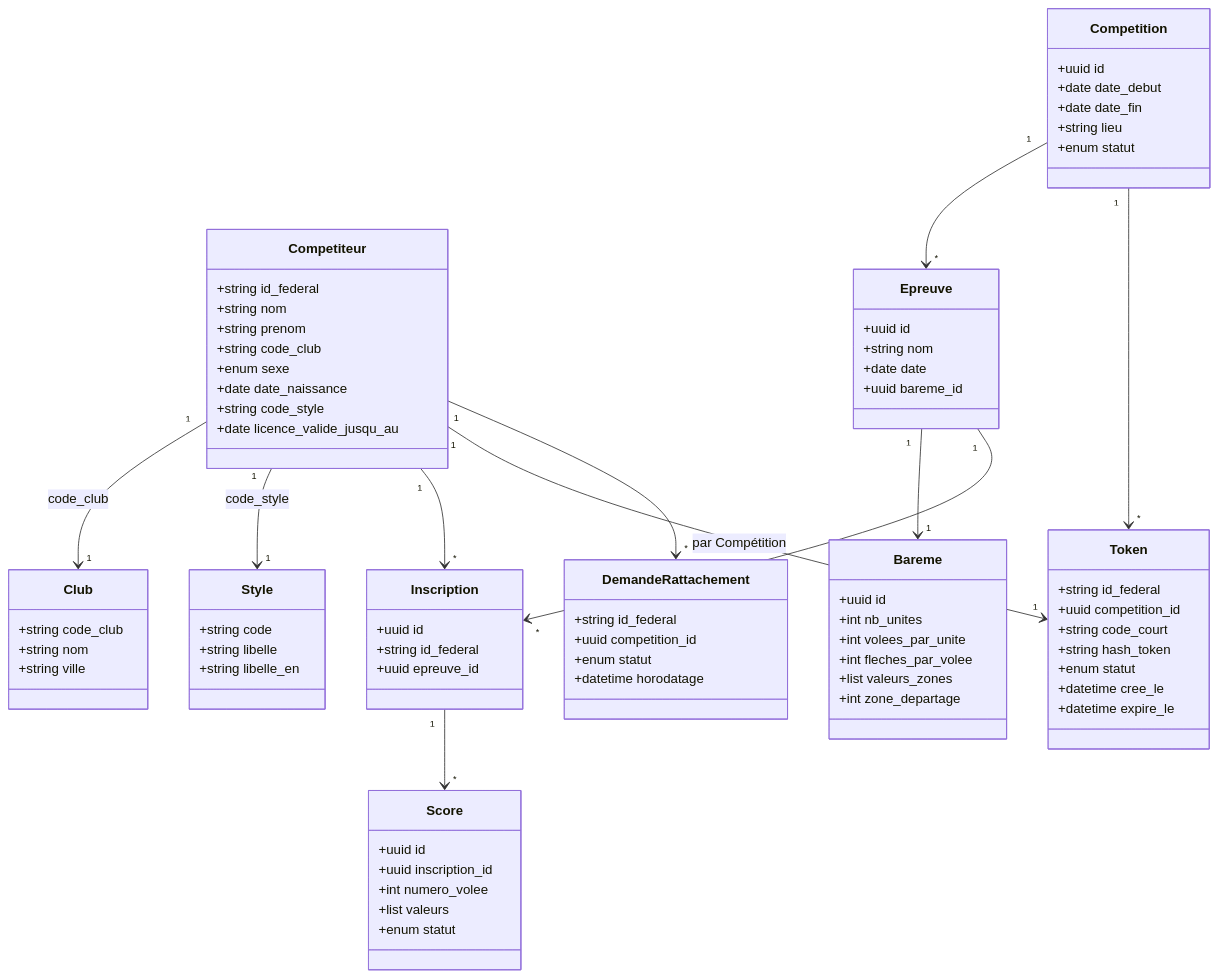
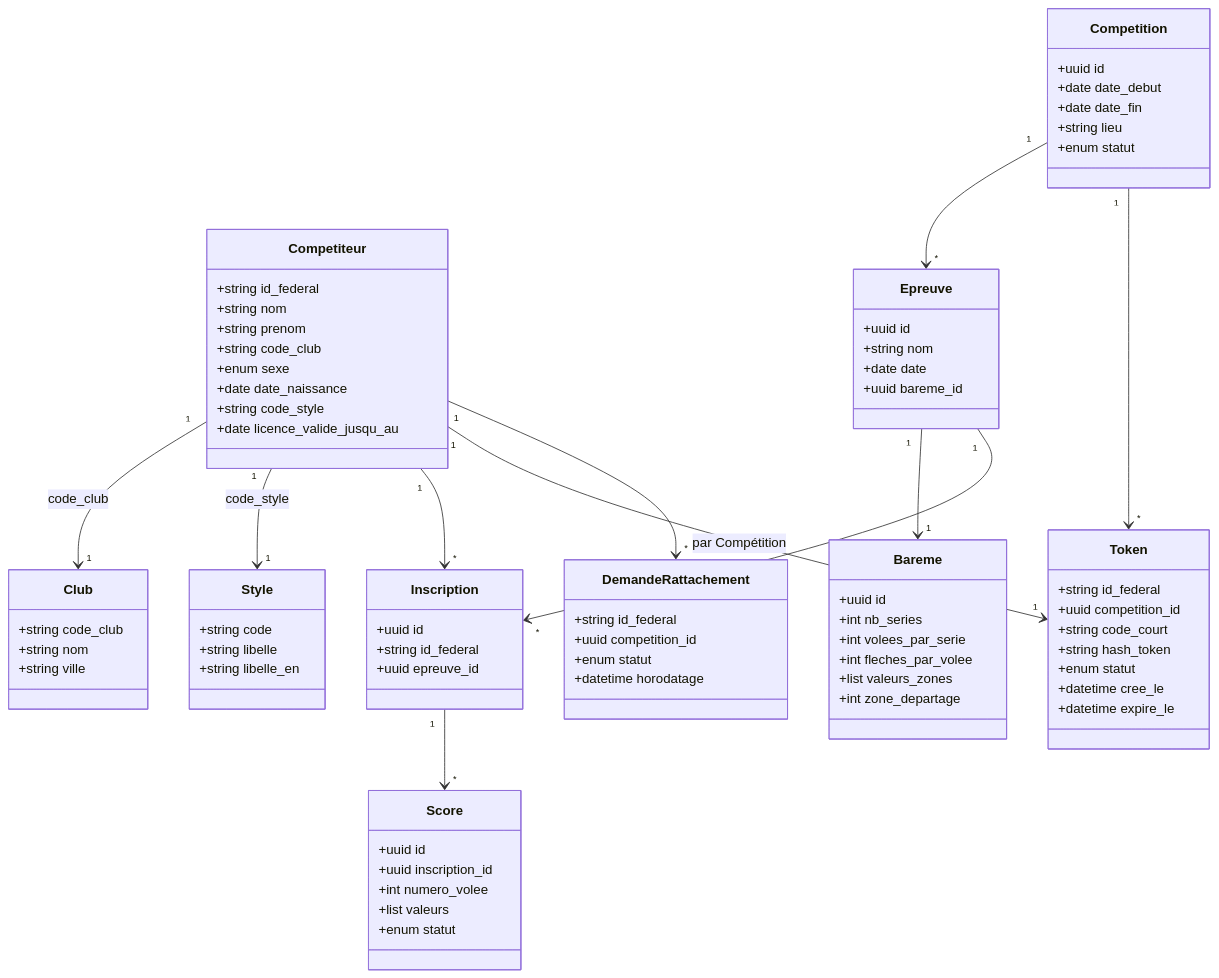
Before and after one commit to MrFanghoDev/fletchscore: the second of 2 diagrams in docs/cahier-des-charges/modele-donnees.rst, drawn with Mermaid. The commit also changed other lines of this file and 6 other files, not shown here.

Commit message:
fix: vocabulaire archerie -- Bareme.nb_unites/volees_par_unite renommés en nb_series/volees_par_serie

```diff
--- a/docs/cahier-des-charges/modele-donnees.rst
+++ b/docs/cahier-des-charges/modele-donnees.rst
@@ -64,8 +64,8 @@
        }
        class Bareme {
            +uuid id
-           +int nb_unites
-           +int volees_par_unite
+           +int nb_series
+           +int volees_par_serie
            +int fleches_par_volee
            +list valeurs_zones
            +int zone_departage
```
